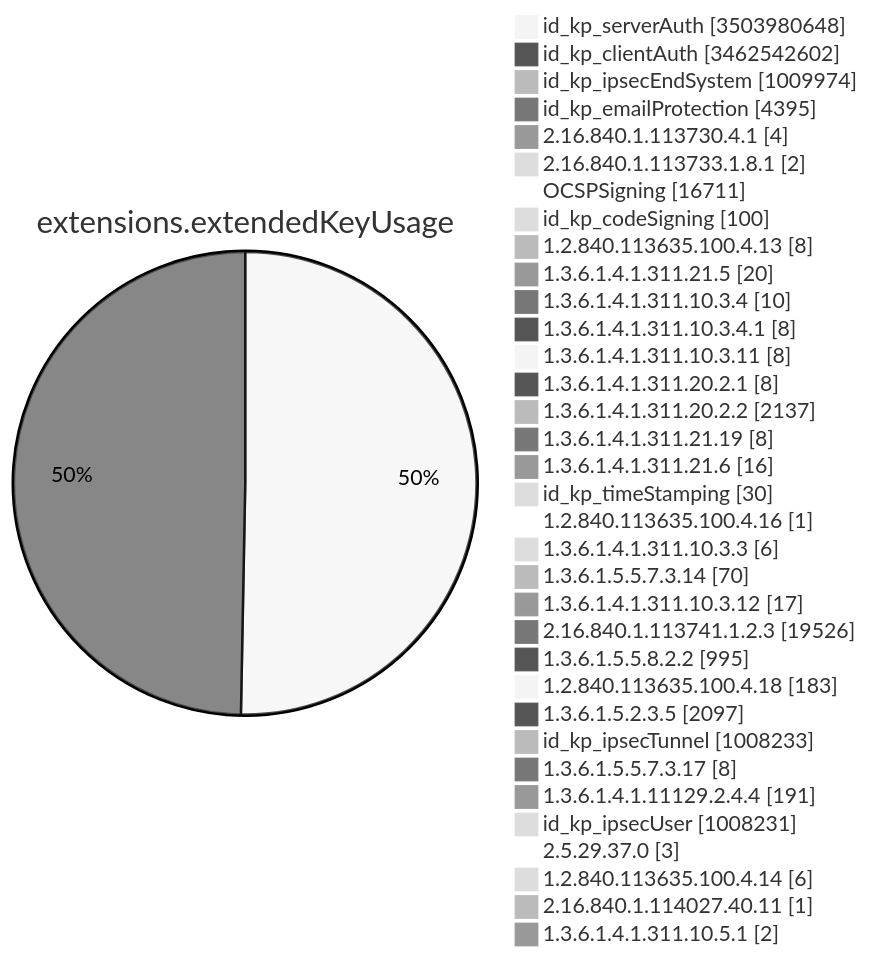
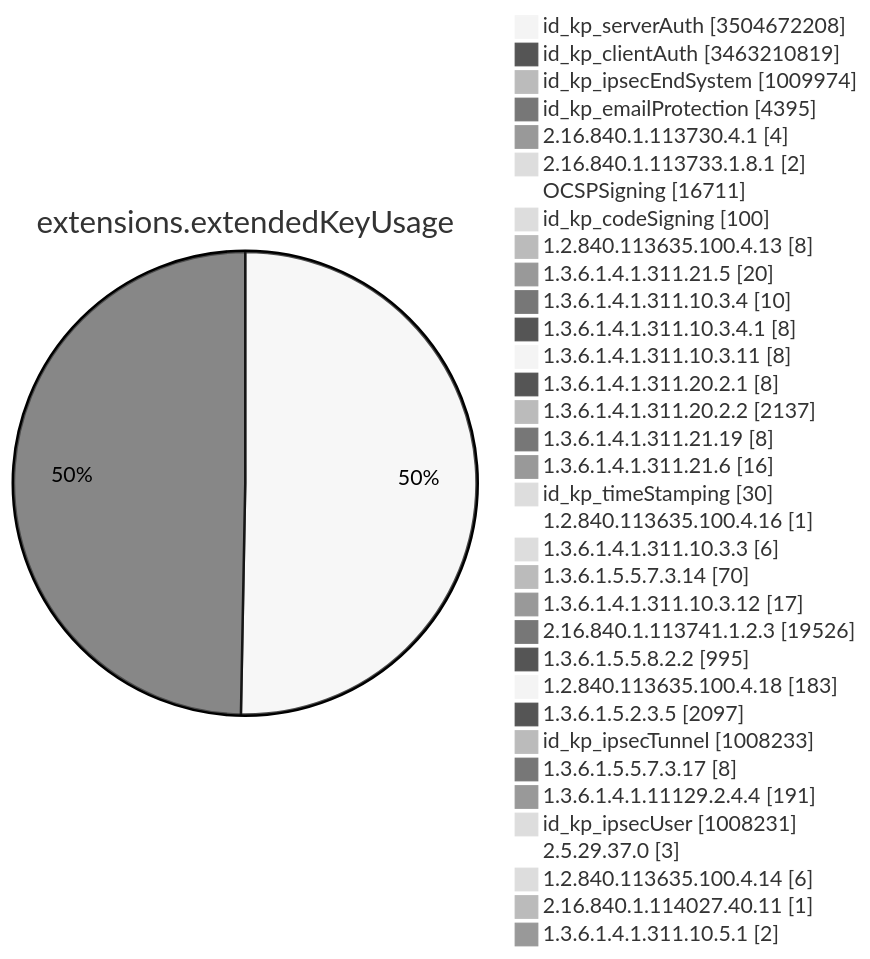
Before and after one commit to christiankrug/ctmonitor_visualization: diagram 11 of 15 in TOTAL/README.md, drawn with Mermaid (neutral theme). The commit also changed other lines of this file, not shown here.

````diff
--- a/TOTAL/README.md
+++ b/TOTAL/README.md
@@ -4126,38 +4126,38 @@
 ```mermaid
 pie showData
 title extensions.extendedKeyUsage
-"id_kp_serverAuth" :3503980648
-"id_kp_clientAuth" :3462542602
+"id_kp_serverAuth" :3504672208
+"id_kp_clientAuth" :3463210819
 "id_kp_ipsecEndSystem" :1009974
 "id_kp_emailProtection" :4395
 "2.16.840.1.113730.4.1" :4
 "2.16.840.1.113733.1.8.1" :2
 "OCSPSigning" :16711
 "id_kp_codeSigning" :100
 "1.2.840.113635.100.4.13" :8
 "1.3.6.1.4.1.311.21.5" :20
 "1.3.6.1.4.1.311.10.3.4" :10
 "1.3.6.1.4.1.311.10.3.4.1" :8
 "1.3.6.1.4.1.311.10.3.11" :8
 "1.3.6.1.4.1.311.20.2.1" :8
 "1.3.6.1.4.1.311.20.2.2" :2137
 "1.3.6.1.4.1.311.21.19" :8
 "1.3.6.1.4.1.311.21.6" :16
 "id_kp_timeStamping" :30
 "1.2.840.113635.100.4.16" :1
 "1.3.6.1.4.1.311.10.3.3" :6
 "1.3.6.1.5.5.7.3.14" :70
 "1.3.6.1.4.1.311.10.3.12" :17
 "2.16.840.1.113741.1.2.3" :19526
 "1.3.6.1.5.5.8.2.2" :995
 "1.2.840.113635.100.4.18" :183
 "1.3.6.1.5.2.3.5" :2097
 "id_kp_ipsecTunnel" :1008233
 "1.3.6.1.5.5.7.3.17" :8
 "1.3.6.1.4.1.11129.2.4.4" :191
 "id_kp_ipsecUser" :1008231
 "2.5.29.37.0" :3
 "1.2.840.113635.100.4.14" :6
 "2.16.840.1.114027.40.11" :1
 "1.3.6.1.4.1.311.10.5.1" :2
 ```
````
